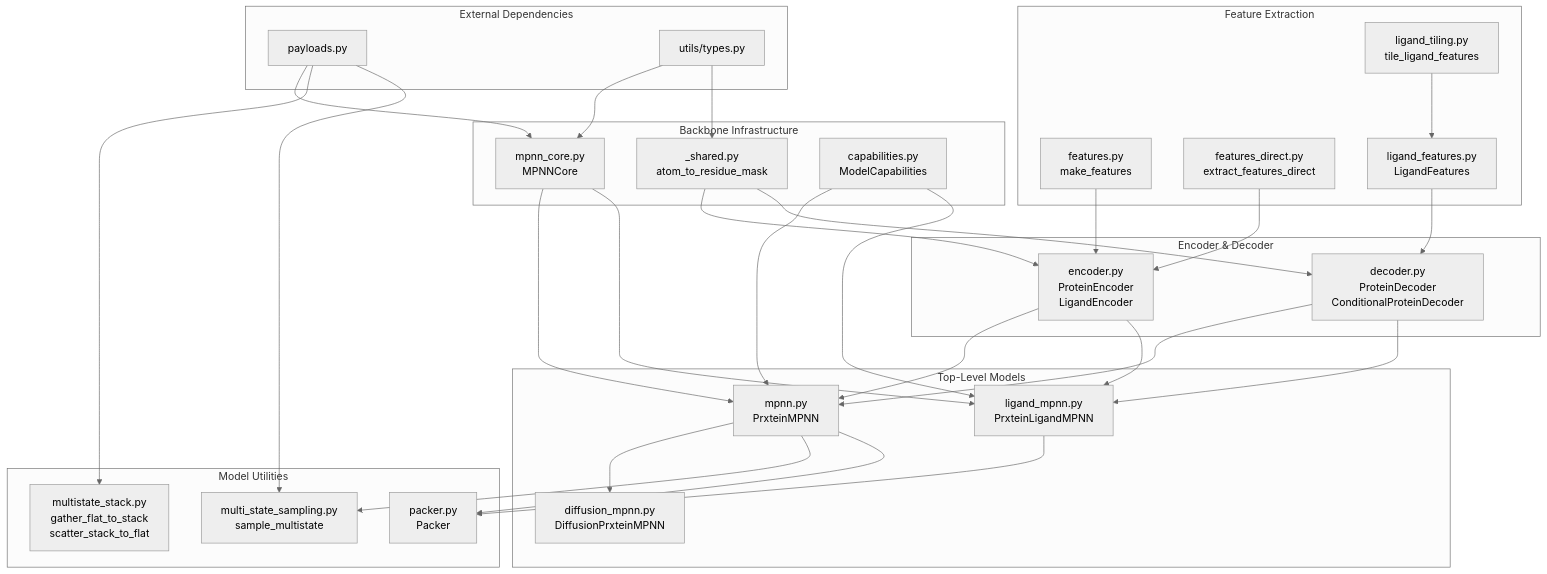
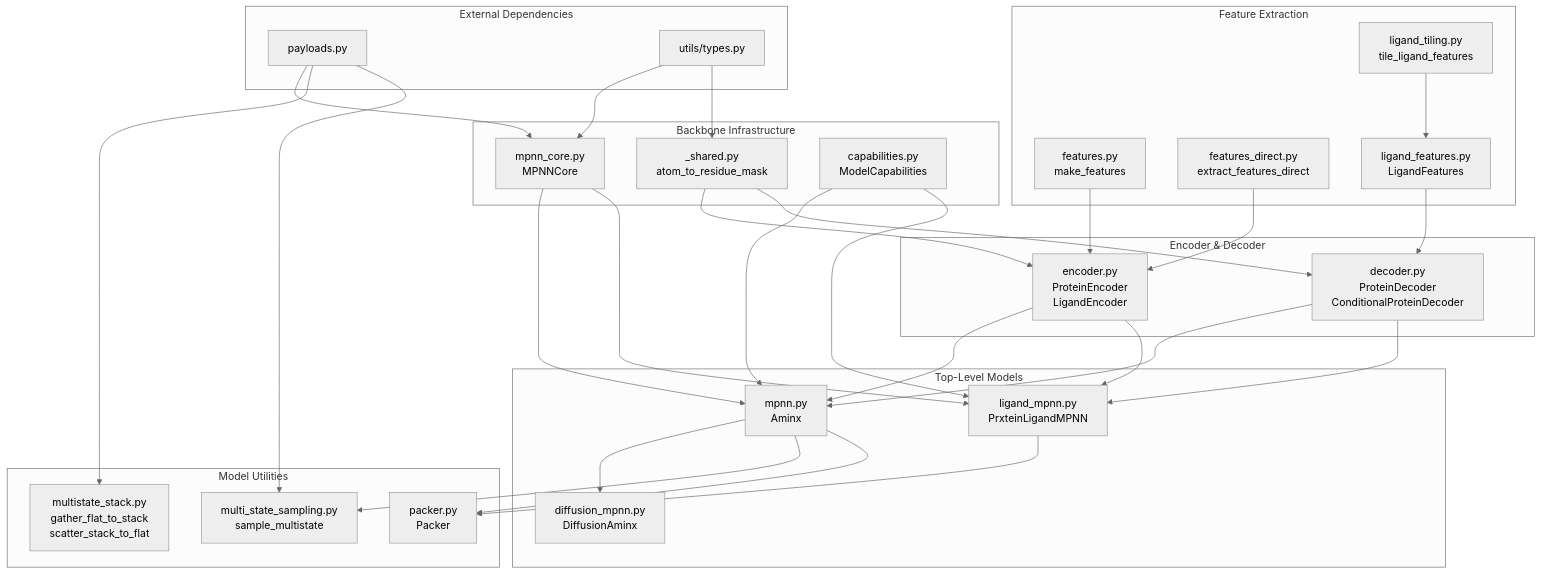
The second of 6 diagrams in .praxia/archive/codebase_analysis/CODEBASE_MAP.md (maraxen/PrxteinMPNN), drawn with Mermaid (neutral theme) before and after one commit. The commit also changed other lines of this file and 472 other files, not shown here.

````diff
--- a/.praxia/archive/codebase_analysis/CODEBASE_MAP.md
+++ b/.praxia/archive/codebase_analysis/CODEBASE_MAP.md
@@ -120,61 +120,61 @@
 ```mermaid
 graph TD
     subgraph External["External Dependencies"]
         E1[payloads.py]
         E2[utils/types.py]
     end
 
     subgraph Infra["Backbone Infrastructure"]
         I1[mpnn_core.py<br/>MPNNCore]
         I2[_shared.py<br/>atom_to_residue_mask]
         I3[capabilities.py<br/>ModelCapabilities]
     end
 
     subgraph Features["Feature Extraction"]
         F1[features.py<br/>make_features]
         F2[features_direct.py<br/>extract_features_direct]
         F3[ligand_features.py<br/>LigandFeatures]
         F4[ligand_tiling.py<br/>tile_ligand_features]
     end
 
     subgraph Layers["Encoder & Decoder"]
         L1[encoder.py<br/>ProteinEncoder<br/>LigandEncoder]
         L2[decoder.py<br/>ProteinDecoder<br/>ConditionalProteinDecoder]
     end
 
     subgraph TopLevel["Top-Level Models"]
-        T1[mpnn.py<br/>PrxteinMPNN]
+        T1[mpnn.py<br/>Aminx]
         T2[ligand_mpnn.py<br/>PrxteinLigandMPNN]
-        T3[diffusion_mpnn.py<br/>DiffusionPrxteinMPNN]
+        T3[diffusion_mpnn.py<br/>DiffusionAminx]
     end
 
     subgraph Utilities["Model Utilities"]
         U1[multistate_stack.py<br/>gather_flat_to_stack<br/>scatter_stack_to_flat]
         U2[multi_state_sampling.py<br/>sample_multistate]
         U3[packer.py<br/>Packer]
     end
 
     E1 --> I1
     E2 --> I1
     E2 --> I2
     I2 --> L1
     I2 --> L2
     I3 --> T1
     I3 --> T2
     F1 --> L1
     F2 --> L1
     F3 --> L2
     F4 --> F3
     L1 --> T1
     L1 --> T2
     L2 --> T1
     L2 --> T2
     I1 --> T1
     I1 --> T2
     T1 --> T3
     E1 --> U1
     T1 --> U2
     E1 --> U2
     T1 --> U3
     T2 --> U3
 ```
````
